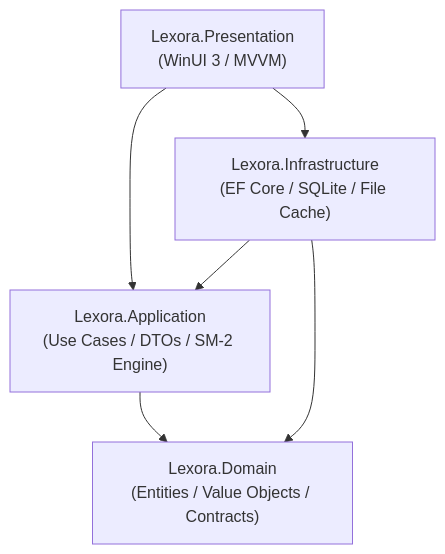
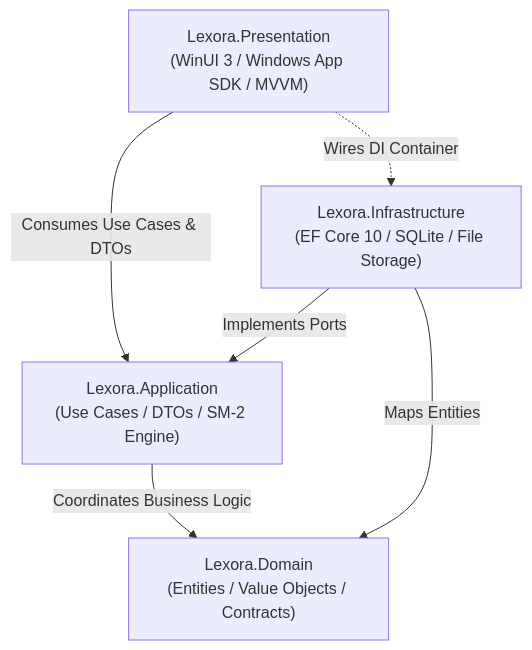
One commit to Nguyen-Trung-Tien/Lexora changed the diagram in docs/architecture.md. Above: the diagram before and after it, drawn with Mermaid. The commit also changed other lines of this file and 52 other files, not shown here.

````diff
--- a/docs/architecture.md
+++ b/docs/architecture.md
@@ -7,13 +9,13 @@
 ```mermaid
 graph TD
-    UI["Lexora.Presentation<br/>(WinUI 3 / MVVM)"]
+    UI["Lexora.Presentation<br/>(WinUI 3 / Windows App SDK / MVVM)"]
     APP["Lexora.Application<br/>(Use Cases / DTOs / SM-2 Engine)"]
     DOM["Lexora.Domain<br/>(Entities / Value Objects / Contracts)"]
-    INFRA["Lexora.Infrastructure<br/>(EF Core / SQLite / File Cache)"]
+    INFRA["Lexora.Infrastructure<br/>(EF Core 10 / SQLite / File Storage)"]
 
-    UI --> APP
-    UI --> INFRA
-    INFRA --> APP
-    INFRA --> DOM
-    APP --> DOM
+    UI -->|Consumes Use Cases & DTOs| APP
+    UI -.->|Wires DI Container| INFRA
+    INFRA -->|Implements Ports| APP
+    INFRA -->|Maps Entities| DOM
+    APP -->|Coordinates Business Logic| DOM
 ```
````
